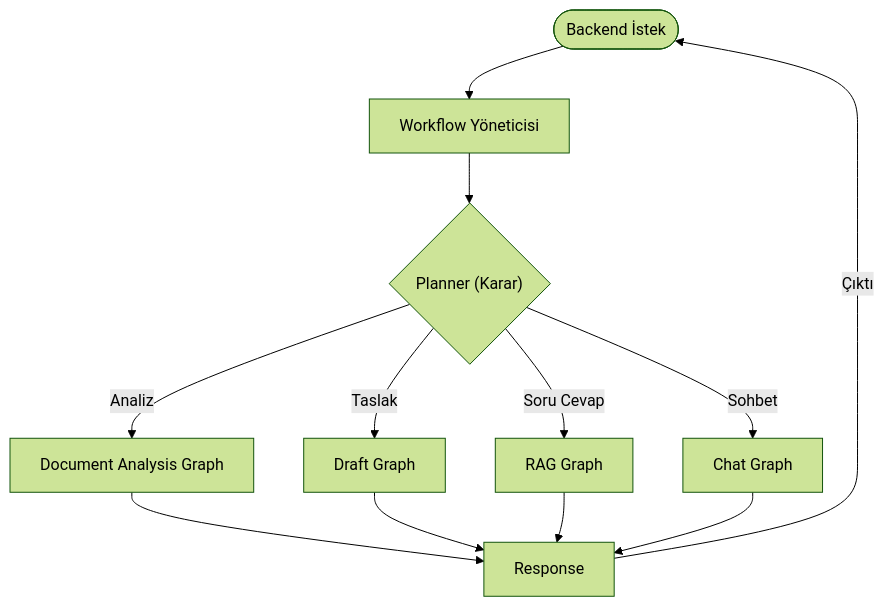
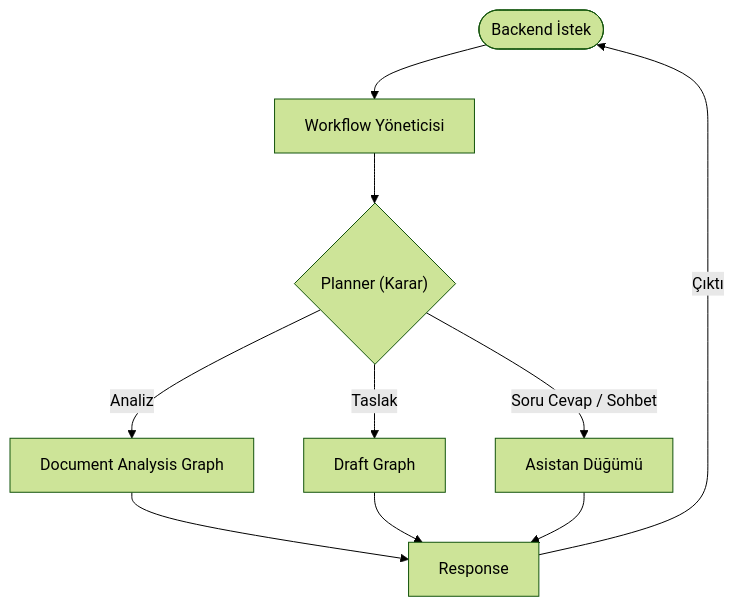
One commit to chyp3r/KACHOW-Teknofest-2026 changed the first of 2 diagrams in docs/architecture/ai.md. Above: the diagram before and after it, drawn with Mermaid (forest theme). The commit also changed other lines of this file and 3 other files, not shown here.

````diff
--- a/docs/architecture/ai.md
+++ b/docs/architecture/ai.md
@@ -33,14 +33,12 @@
 ```mermaid
 flowchart TD
     Backend(["Backend İstek"]) --> Workflow["Workflow Yöneticisi"]
     Workflow --> Planner{"Planner (Karar)"}
     Planner -->|Analiz| Graph1["Document Analysis Graph"]
     Planner -->|Taslak| Graph2["Draft Graph"]
-    Planner -->|Soru Cevap| Graph3["RAG Graph"]
-    Planner -->|Sohbet| Graph4["Chat Graph"]
+    Planner -->|Soru Cevap / Sohbet| Graph3["Asistan Düğümü"]
     Graph1 --> Response
     Graph2 --> Response
     Graph3 --> Response
-    Graph4 --> Response
     Response -->|Çıktı| Backend
 ```
````
